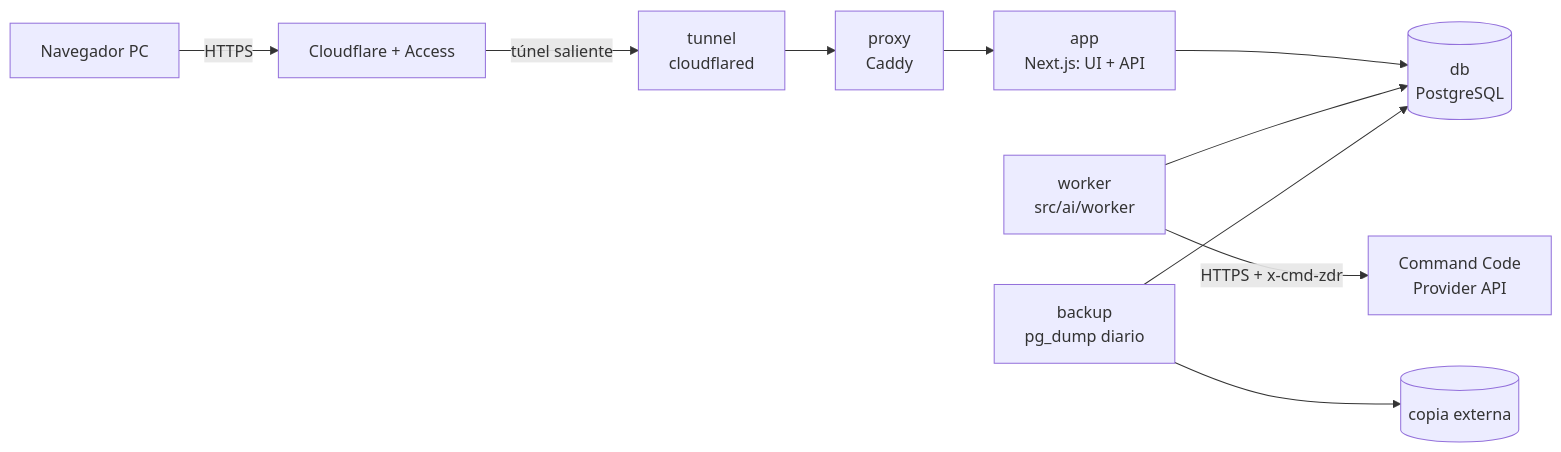
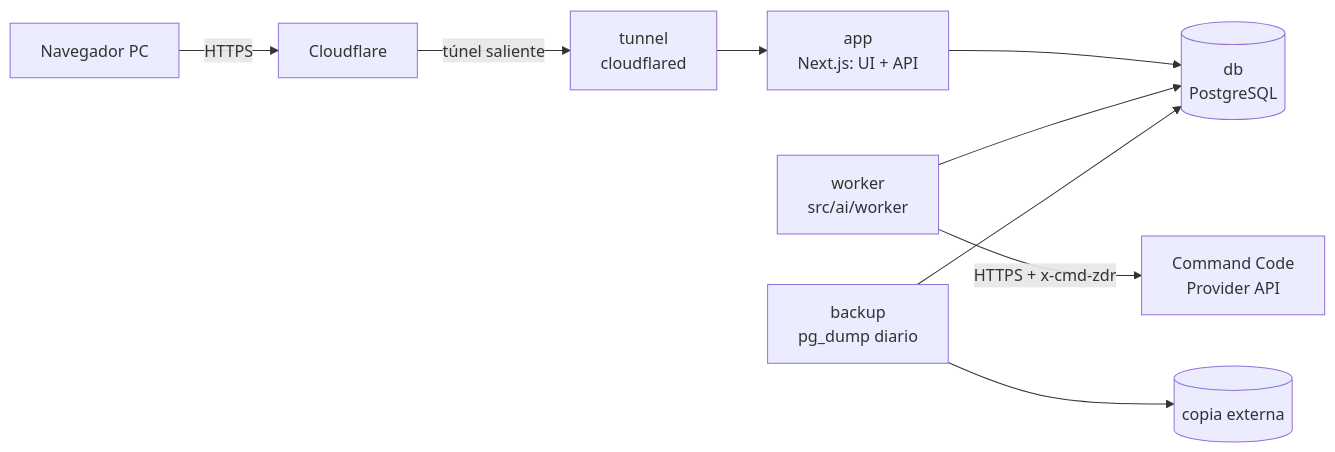
Before and after one commit to Allopze/crm-fabrica-neltume: the first of 2 diagrams in DESIGN.md, drawn with Mermaid. The commit also changed other lines of this file and 18 other files, not shown here.

First line of the commit message:
feat(T2.8): túnel directo a la app, sin proxy Caddy

````diff
--- a/DESIGN.md
+++ b/DESIGN.md
@@ -7,12 +7,11 @@
 ```mermaid
 flowchart LR
-  U[Navegador PC] -->|HTTPS| CF[Cloudflare + Access]
+  U[Navegador PC] -->|HTTPS| CF[Cloudflare]
   CF -->|túnel saliente| T[tunnel<br/>cloudflared]
-  T --> P[proxy<br/>Caddy]
-  P --> A[app<br/>Next.js: UI + API]
+  T --> A[app<br/>Next.js: UI + API]
   A --> D[(db<br/>PostgreSQL)]
   W[worker<br/>src/ai/worker] --> D
   W -->|HTTPS + x-cmd-zdr| L[Command Code<br/>Provider API]
   B[backup<br/>pg_dump diario] --> D
   B --> X[(copia externa)]
 ```
````
